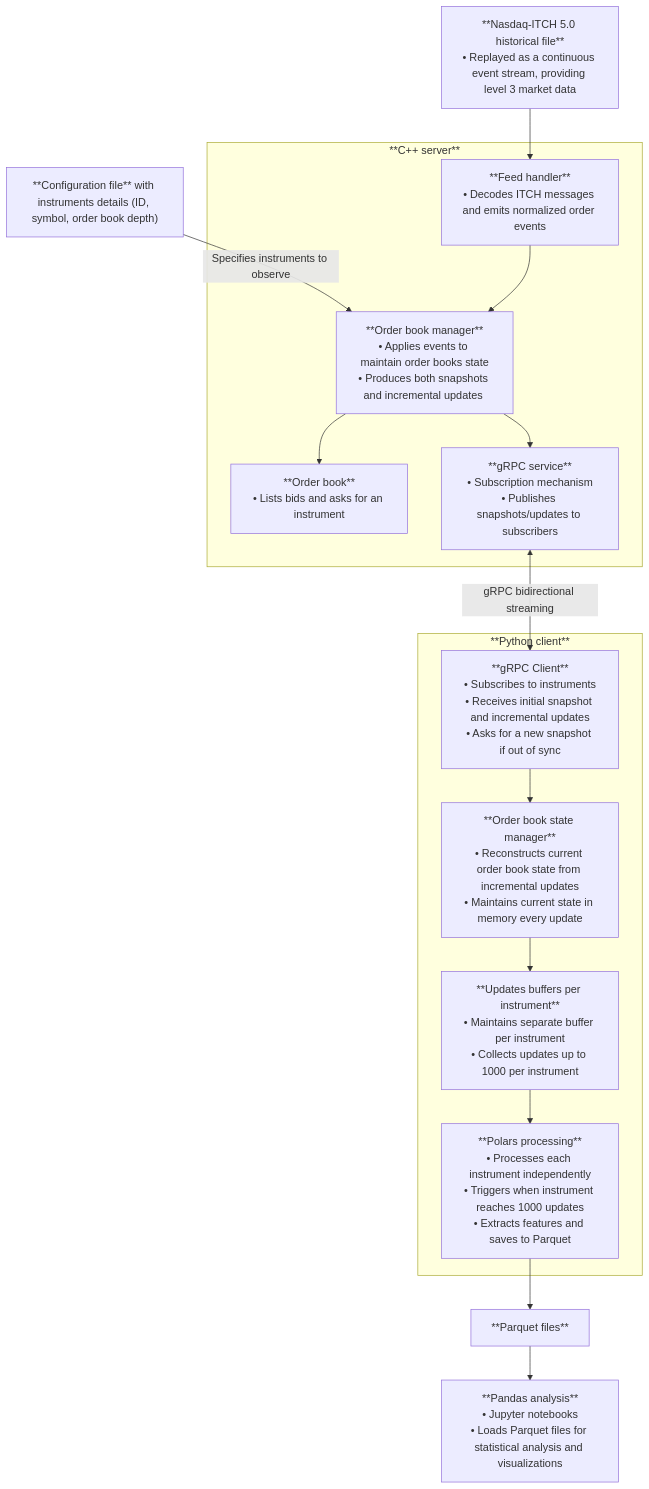
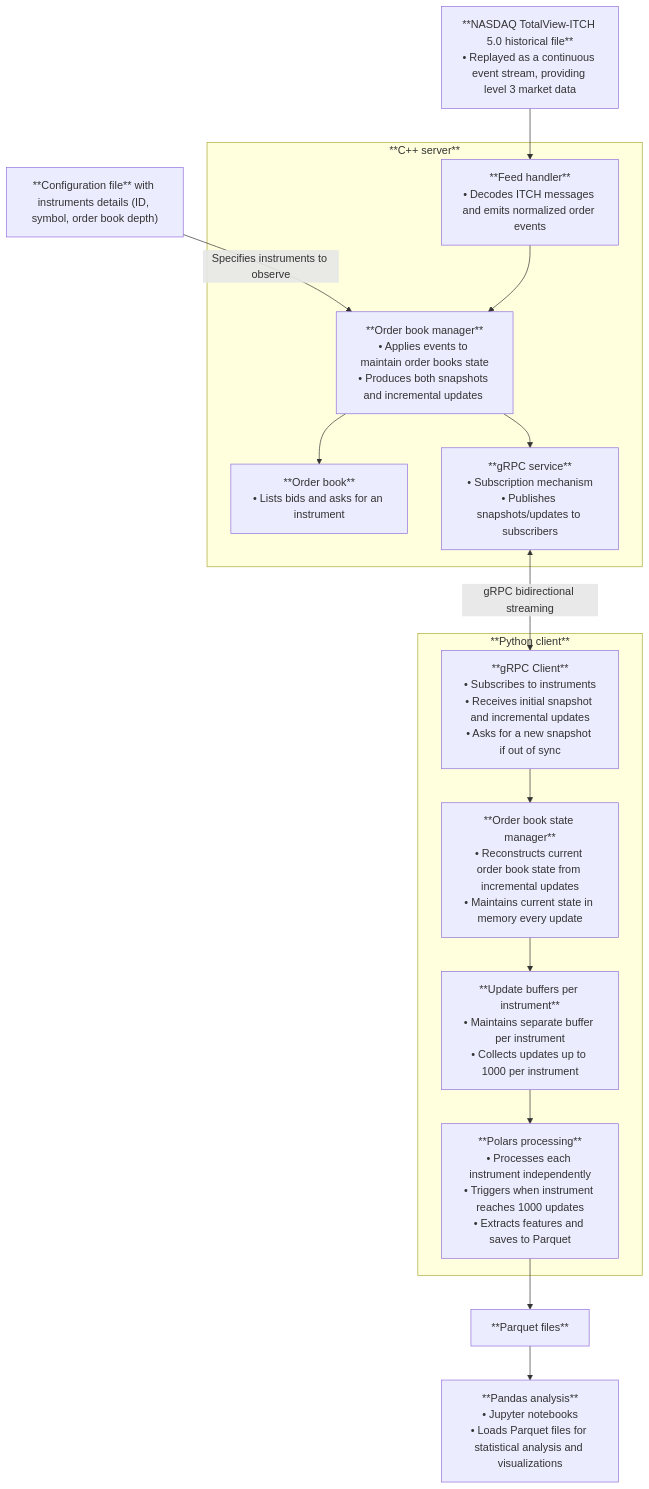
The first of 2 diagrams in README.md (sephorah/market-data-pipeline), drawn with Mermaid before and after one commit. The commit also changed other lines of this file, not shown here.

````diff
--- a/README.md
+++ b/README.md
@@ -7,45 +7,45 @@
 ```mermaid
 flowchart TD
 
     config_file["**Configuration file** with instruments details (ID, symbol, order book depth)"]
     
-    nasdaq_itch_file[**Nasdaq-ITCH 5.0 historical file**<br/>• Replayed as a continuous event stream, providing level 3 market data]
+    nasdaq_itch_file[**NASDAQ TotalView-ITCH 5.0 historical file**<br/>• Replayed as a continuous event stream, providing level 3 market data]
 
     subgraph cpp_server[**C++ server**]
 
         feed_handler["**Feed handler**<br/>• Decodes ITCH messages and emits normalized order events"]
 
         order_book_manager[**Order book manager**<br/>• Applies events to maintain order books state<br/>• Produces both snapshots and incremental updates <br/>]
         
         order_book[**Order book**<br/>• Lists bids and asks for an instrument]
 
         grpc_service[**gRPC service**<br/>• Subscription mechanism<br/>• Publishes snapshots/updates to subscribers]
     end
 
     subgraph python_client[**Python client**]
         grpc_client[**gRPC Client**<br/>• Subscribes to instruments<br/>• Receives initial snapshot and incremental updates<br/>• Asks for a new snapshot if out of sync]
 
         order_book_state_manager[**Order book state manager**<br/>• Reconstructs current order book state from incremental updates<br/>• Maintains current state in memory every update]
 
-        update_buffers[**Updates buffers per instrument**<br/>• Maintains separate buffer per instrument<br/>• Collects updates up to 1000 per instrument]
+        update_buffers[**Update buffers per instrument**<br/>• Maintains separate buffer per instrument<br/>• Collects updates up to 1000 per instrument]
 
         polars_processing[**Polars processing**<br/>• Processes each instrument independently<br/>• Triggers when instrument reaches 1000 updates<br/>• Extracts features and saves to Parquet]
     end
 
     parquet_files[**Parquet files**]
     
     pandas_analysis[**Pandas analysis**<br/>• Jupyter notebooks<br/>• Loads Parquet files for statistical analysis and visualizations]
 
 
     config_file -->|Specifies instruments to observe| order_book_manager
     grpc_service <-->|gRPC bidirectional streaming| grpc_client
     order_book_manager --> order_book
     order_book_manager --> grpc_service
     nasdaq_itch_file --> feed_handler
     feed_handler --> order_book_manager
     grpc_client --> order_book_state_manager
     order_book_state_manager --> update_buffers
     update_buffers --> polars_processing
     polars_processing --> parquet_files
     parquet_files --> pandas_analysis
 ```
````
